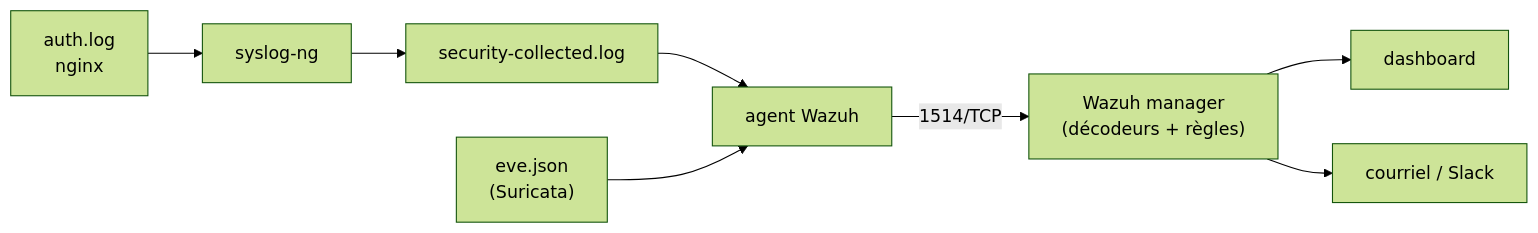
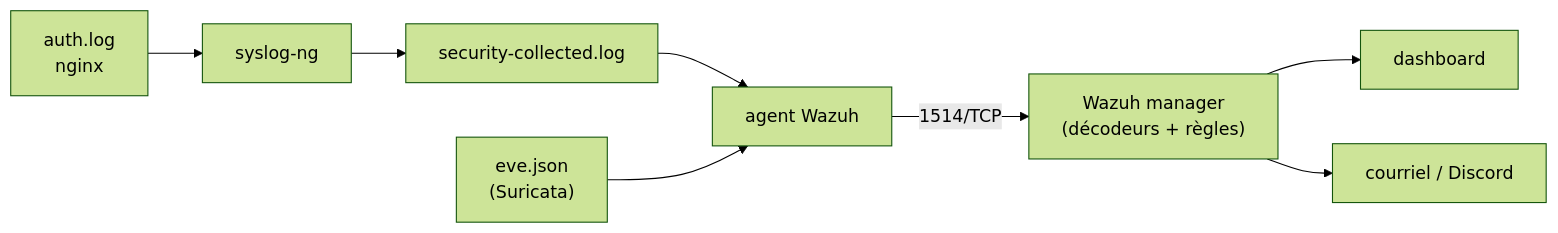
The third of 3 diagrams in README.md (dylan-guillon04/InfraDetectionAnomalies), drawn with Mermaid (forest theme) before and after one commit. The commit also changed other lines of this file and 7 other files, not shown here.

````diff
--- a/README.md
+++ b/README.md
@@ -74,10 +74,10 @@
 ```mermaid
 flowchart LR
     L["auth.log<br/>nginx"] --> S["syslog-ng"]
     S --> F["security-collected.log"]
     F --> A["agent Wazuh"]
     J["eve.json<br/>(Suricata)"] --> A
     A -->|"1514/TCP"| M["Wazuh manager<br/>(décodeurs + règles)"]
     M --> D["dashboard"]
-    M --> N["courriel / Slack"]
+    M --> N["courriel / Discord"]
 ```
````
